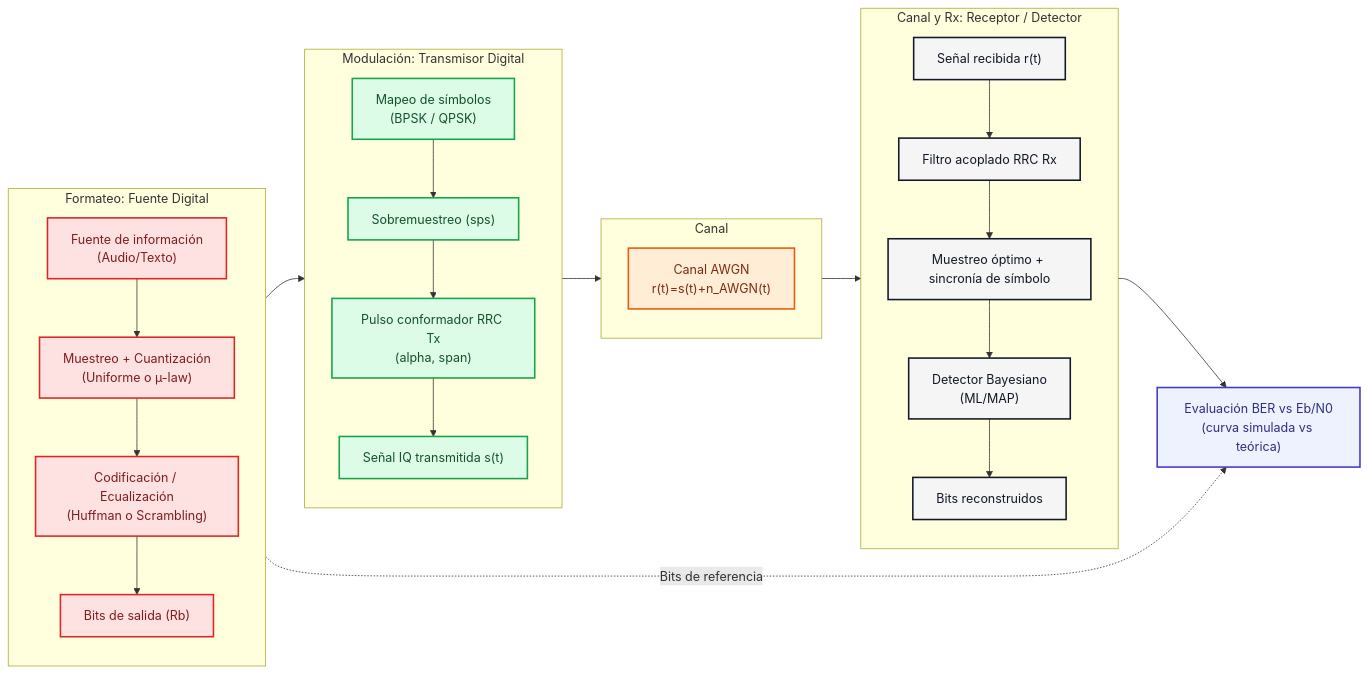
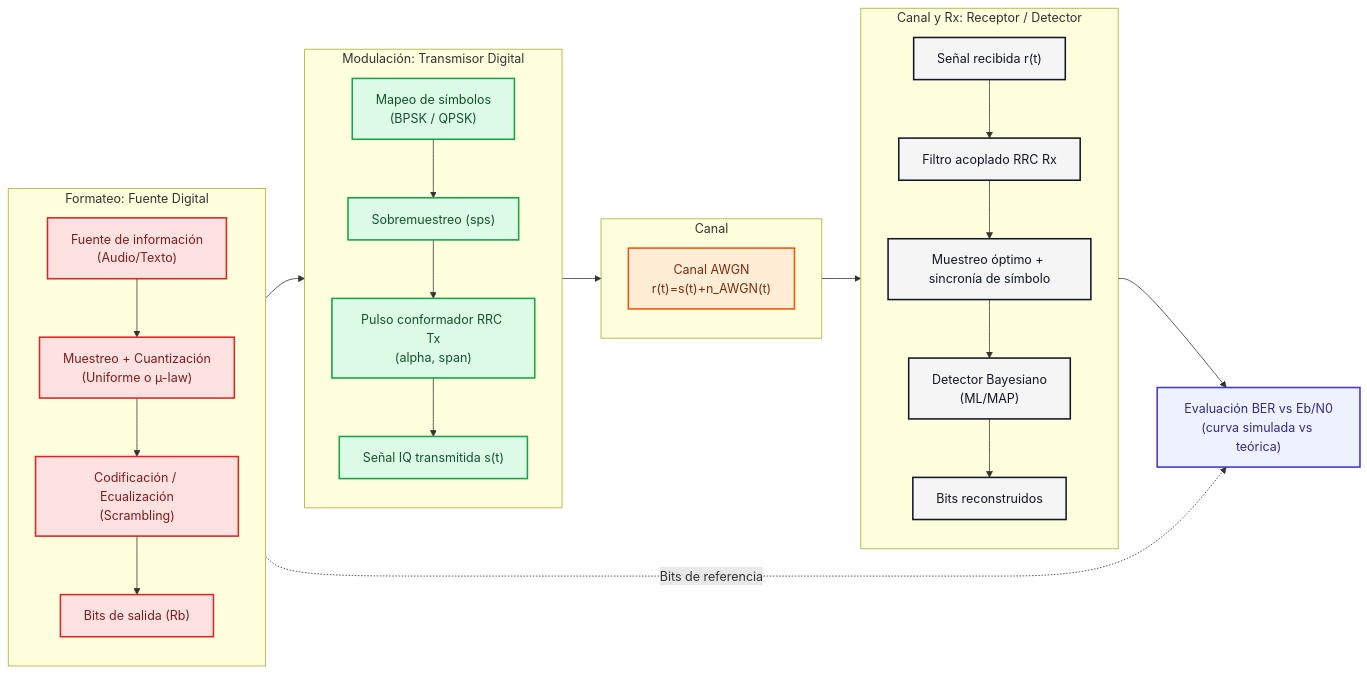
Before and after one commit to ecoranti/CDA: the first of 2 diagrams in README.md, drawn with Mermaid. The commit also changed other lines of this file and 8 other files, not shown here.

````diff
--- a/README.md
+++ b/README.md
@@ -133,48 +133,48 @@
 ```mermaid
 flowchart LR
     classDef l1 fill:#fee2e2,stroke:#dc2626,stroke-width:2px,color:#7f1d1d
     classDef l2 fill:#dcfce7,stroke:#16a34a,stroke-width:2px,color:#14532d
     classDef ch fill:#ffedd5,stroke:#ea580c,stroke-width:2px,color:#7c2d12
     classDef l3 fill:#f5f5f5,stroke:#111827,stroke-width:2px,color:#111827
     classDef eval fill:#eef2ff,stroke:#4338ca,stroke-width:2px,color:#312e81
 
     subgraph L1["Formateo: Fuente Digital"]
         direction TB
         S1["Fuente de información<br/>(Audio/Texto)"] --> S2["Muestreo + Cuantización<br/>(Uniforme o µ-law)"]
-        S2 --> S3["Codificación / Ecualización<br/>(Huffman o Scrambling)"]
+        S2 --> S3["Codificación / Ecualización<br/>(Scrambling)"]
         S3 --> S4["Bits de salida (Rb)"]
     end
 
     subgraph L2["Modulación: Transmisor Digital"]
         direction TB
         T1["Mapeo de símbolos<br/>(BPSK / QPSK)"] --> T2["Sobremuestreo (sps)"]
         T2 --> T3["Pulso conformador RRC Tx<br/>(alpha, span)"]
         T3 --> T4["Señal IQ transmitida s(t)"]
     end
 
     subgraph CH["Canal"]
         direction TB
         C1["Canal AWGN<br/>r(t)=s(t)+n_AWGN(t)"]
     end
 
     subgraph L3["Canal y Rx: Receptor / Detector"]
         direction TB
         C2["Señal recibida r(t)"] --> R1["Filtro acoplado RRC Rx"]
         R1 --> R2["Muestreo óptimo + sincronía de símbolo"]
         R2 --> R3["Detector Bayesiano<br/>(ML/MAP)"]
         R3 --> R4["Bits reconstruidos"]
     end
 
     E1["Evaluación BER vs Eb/N0<br/>(curva simulada vs teórica)"]:::eval
 
     S4 --> T1
     T4 --> C1
     C1 --> C2
     R4 --> E1
     S4 -. "Bits de referencia" .-> E1
 
     class S1,S2,S3,S4 l1
     class T1,T2,T3,T4 l2
     class C1 ch
     class C2,R1,R2,R3,R4 l3
 ```
````
